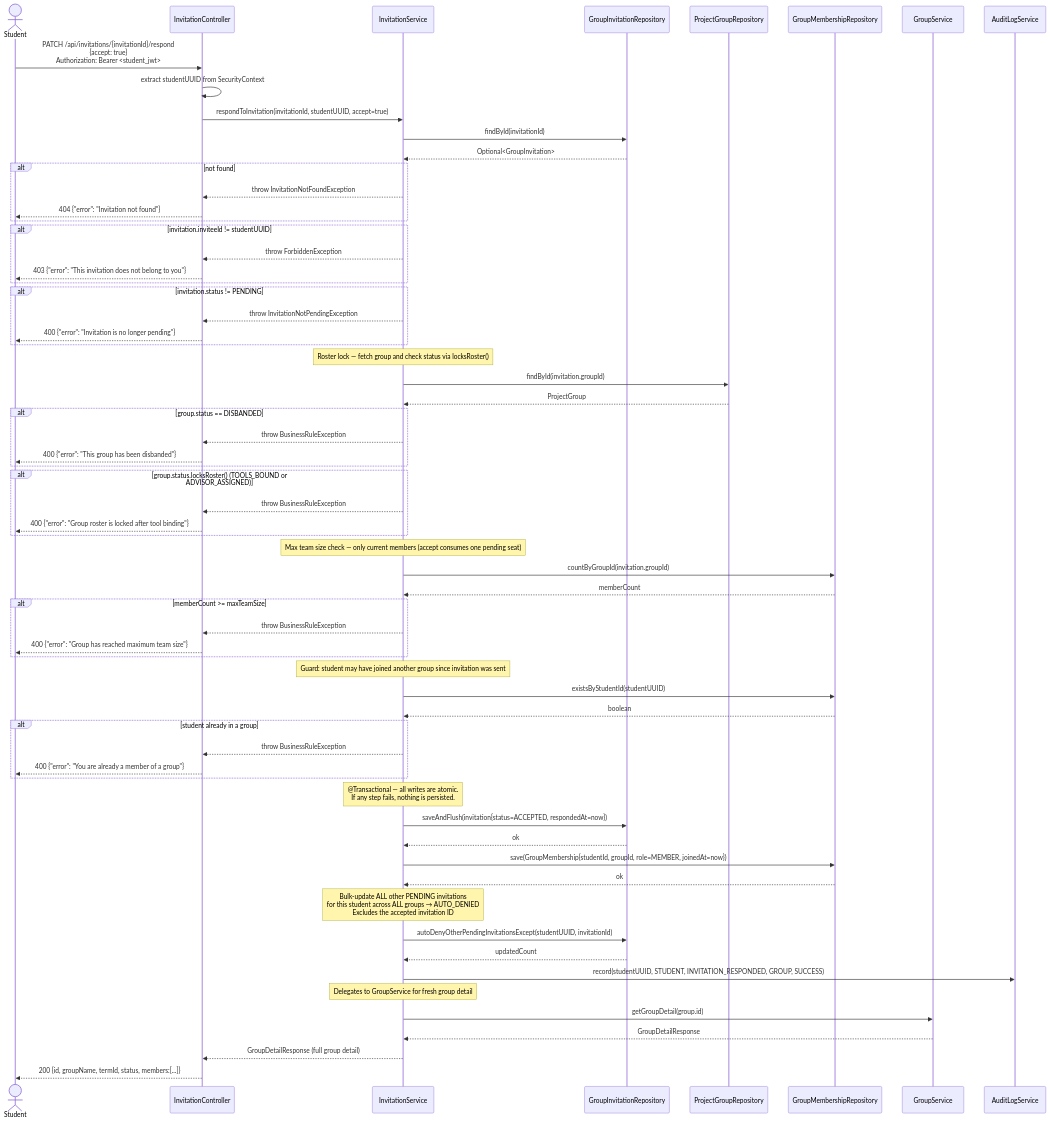
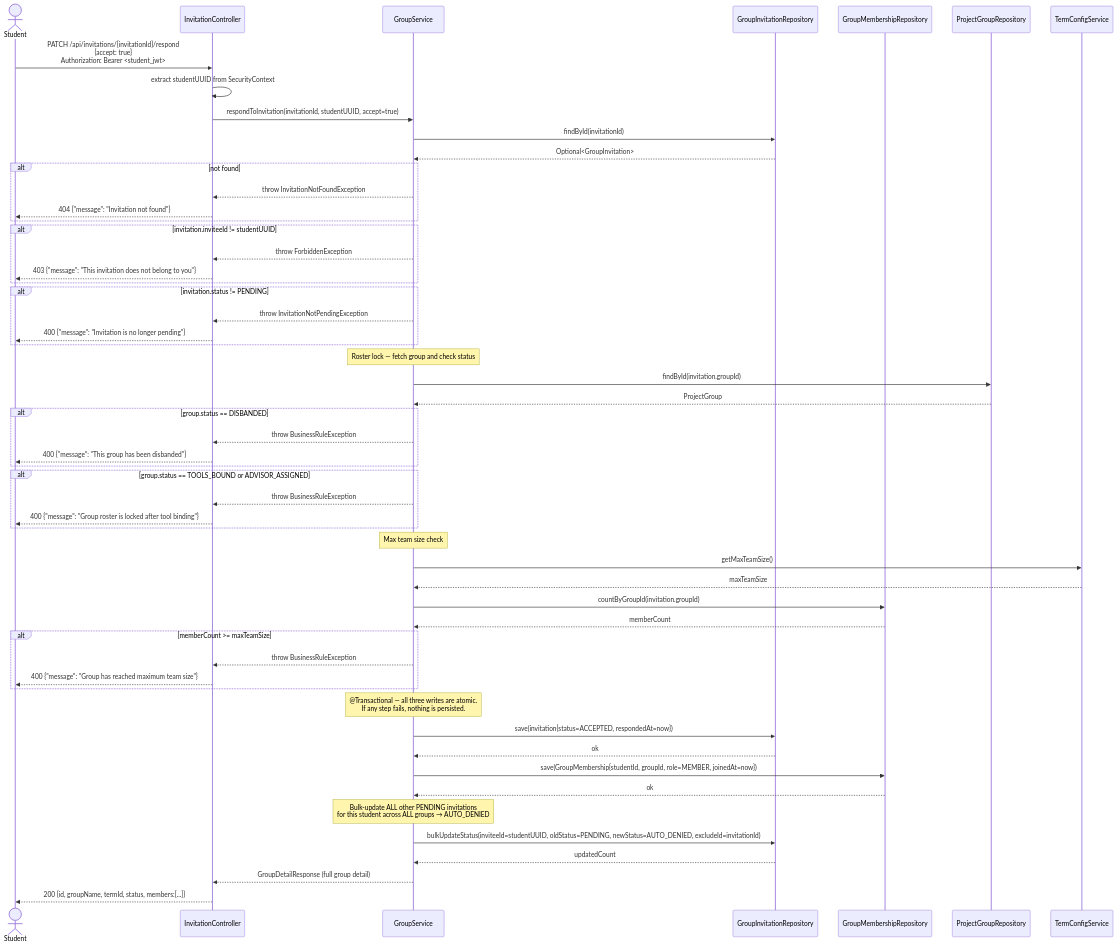
The third of 3 diagrams in docs/process2/sequences/2.3_invitation_respond_p2.md (SE3318-Spring-2025-2026/senior-app-6), drawn with Mermaid before and after one commit. The commit also changed other lines of this file and 20 other files, not shown here.

````diff
--- a/docs/process2/sequences/2.3_invitation_respond_p2.md
+++ b/docs/process2/sequences/2.3_invitation_respond_p2.md
@@ -84,86 +80,70 @@
 sequenceDiagram
     actor Student
     participant InvitationController
-    participant InvitationService
+    participant GroupService
     participant GroupInvitationRepository
-    participant ProjectGroupRepository
     participant GroupMembershipRepository
-    participant GroupService
-    participant AuditLogService
 
     Student->>InvitationController: PATCH /api/invitations/{invitationId}/respond<br/>{accept: true}<br/>Authorization: Bearer <student_jwt>
 
     InvitationController->>InvitationController: extract studentUUID from SecurityContext
-    InvitationController->>InvitationService: respondToInvitation(invitationId, studentUUID, accept=true)
+    InvitationController->>GroupService: respondToInvitation(invitationId, studentUUID, accept=true)
 
-    InvitationService->>GroupInvitationRepository: findById(invitationId)
-    GroupInvitationRepository-->>InvitationService: Optional<GroupInvitation>
+    GroupService->>GroupInvitationRepository: findById(invitationId)
+    GroupInvitationRepository-->>GroupService: Optional<GroupInvitation>
 
     alt not found
-        InvitationService-->>InvitationController: throw InvitationNotFoundException
-        InvitationController-->>Student: 404 {"error": "Invitation not found"}
+        GroupService-->>InvitationController: throw InvitationNotFoundException
+        InvitationController-->>Student: 404 {"message": "Invitation not found"}
     end
 
     alt invitation.inviteeId != studentUUID
-        InvitationService-->>InvitationController: throw ForbiddenException
-        InvitationController-->>Student: 403 {"error": "This invitation does not belong to you"}
+        GroupService-->>InvitationController: throw ForbiddenException
+        InvitationController-->>Student: 403 {"message": "This invitation does not belong to you"}
     end
 
     alt invitation.status != PENDING
-        InvitationService-->>InvitationController: throw InvitationNotPendingException
-        InvitationController-->>Student: 400 {"error": "Invitation is no longer pending"}
+        GroupService-->>InvitationController: throw InvitationNotPendingException
+        InvitationController-->>Student: 400 {"message": "Invitation is no longer pending"}
     end
 
-    Note over InvitationService: Roster lock — fetch group and check status via locksRoster()
-    InvitationService->>ProjectGroupRepository: findById(invitation.groupId)
-    ProjectGroupRepository-->>InvitationService: ProjectGroup
+    Note over GroupService: Roster lock — fetch group and check status
+    GroupService->>ProjectGroupRepository: findById(invitation.groupId)
+    ProjectGroupRepository-->>GroupService: ProjectGroup
 
     alt group.status == DISBANDED
-        InvitationService-->>InvitationController: throw BusinessRuleException
-        InvitationController-->>Student: 400 {"error": "This group has been disbanded"}
+        GroupService-->>InvitationController: throw BusinessRuleException
+        InvitationController-->>Student: 400 {"message": "This group has been disbanded"}
     end
 
-    alt group.status.locksRoster() (TOOLS_BOUND or ADVISOR_ASSIGNED)
-        InvitationService-->>InvitationController: throw BusinessRuleException
-        InvitationController-->>Student: 400 {"error": "Group roster is locked after tool binding"}
+    alt group.status == TOOLS_BOUND or ADVISOR_ASSIGNED
+        GroupService-->>InvitationController: throw BusinessRuleException
+        InvitationController-->>Student: 400 {"message": "Group roster is locked after tool binding"}
     end
 
-    Note over InvitationService: Max team size check — only current members (accept consumes one pending seat)
-    InvitationService->>GroupMembershipRepository: countByGroupId(invitation.groupId)
-    GroupMembershipRepository-->>InvitationService: memberCount
+    Note over GroupService: Max team size check
+    GroupService->>TermConfigService: getMaxTeamSize()
+    TermConfigService-->>GroupService: maxTeamSize
+    GroupService->>GroupMembershipRepository: countByGroupId(invitation.groupId)
+    GroupMembershipRepository-->>GroupService: memberCount
 
     alt memberCount >= maxTeamSize
-        InvitationService-->>InvitationController: throw BusinessRuleException
-        InvitationController-->>Student: 400 {"error": "Group has reached maximum team size"}
+        GroupService-->>InvitationController: throw BusinessRuleException
+        InvitationController-->>Student: 400 {"message": "Group has reached maximum team size"}
     end
 
-    Note over InvitationService: Guard: student may have joined another group since invitation was sent
-    InvitationService->>GroupMembershipRepository: existsByStudentId(studentUUID)
-    GroupMembershipRepository-->>InvitationService: boolean
+    Note over GroupService: @Transactional — all three writes are atomic.<br/>If any step fails, nothing is persisted.
 
-    alt student already in a group
-        InvitationService-->>InvitationController: throw BusinessRuleException
-        InvitationController-->>Student: 400 {"error": "You are already a member of a group"}
-    end
+    GroupService->>GroupInvitationRepository: save(invitation{status=ACCEPTED, respondedAt=now})
+    GroupInvitationRepository-->>GroupService: ok
 
-    Note over InvitationService: @Transactional — all writes are atomic.<br/>If any step fails, nothing is persisted.
+    GroupService->>GroupMembershipRepository: save(GroupMembership{studentId, groupId, role=MEMBER, joinedAt=now})
+    GroupMembershipRepository-->>GroupService: ok
 
-    InvitationService->>GroupInvitationRepository: saveAndFlush(invitation{status=ACCEPTED, respondedAt=now})
-    GroupInvitationRepository-->>InvitationService: ok
+    Note over GroupService: Bulk-update ALL other PENDING invitations<br/>for this student across ALL groups → AUTO_DENIED
+    GroupService->>GroupInvitationRepository: bulkUpdateStatus(inviteeId=studentUUID, oldStatus=PENDING, newStatus=AUTO_DENIED, excludeId=invitationId)
+    GroupInvitationRepository-->>GroupService: updatedCount
 
-    InvitationService->>GroupMembershipRepository: save(GroupMembership{studentId, groupId, role=MEMBER, joinedAt=now})
-    GroupMembershipRepository-->>InvitationService: ok
-
-    Note over InvitationService: Bulk-update ALL other PENDING invitations<br/>for this student across ALL groups → AUTO_DENIED<br/>Excludes the accepted invitation ID
-    InvitationService->>GroupInvitationRepository: autoDenyOtherPendingInvitationsExcept(studentUUID, invitationId)
-    GroupInvitationRepository-->>InvitationService: updatedCount
-
-    InvitationService->>AuditLogService: record(studentUUID, STUDENT, INVITATION_RESPONDED, GROUP, SUCCESS)
-
-    Note over InvitationService: Delegates to GroupService for fresh group detail
-    InvitationService->>GroupService: getGroupDetail(group.id)
-    GroupService-->>InvitationService: GroupDetailResponse
-
-    InvitationService-->>InvitationController: GroupDetailResponse (full group detail)
+    GroupService-->>InvitationController: GroupDetailResponse (full group detail)
     InvitationController-->>Student: 200 {id, groupName, termId, status, members:[...]}
 ```
````
